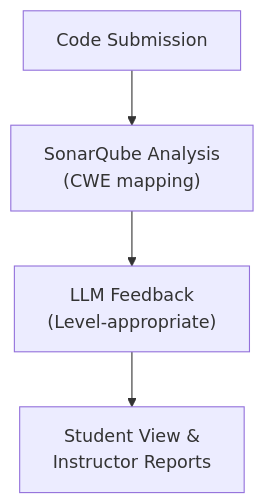
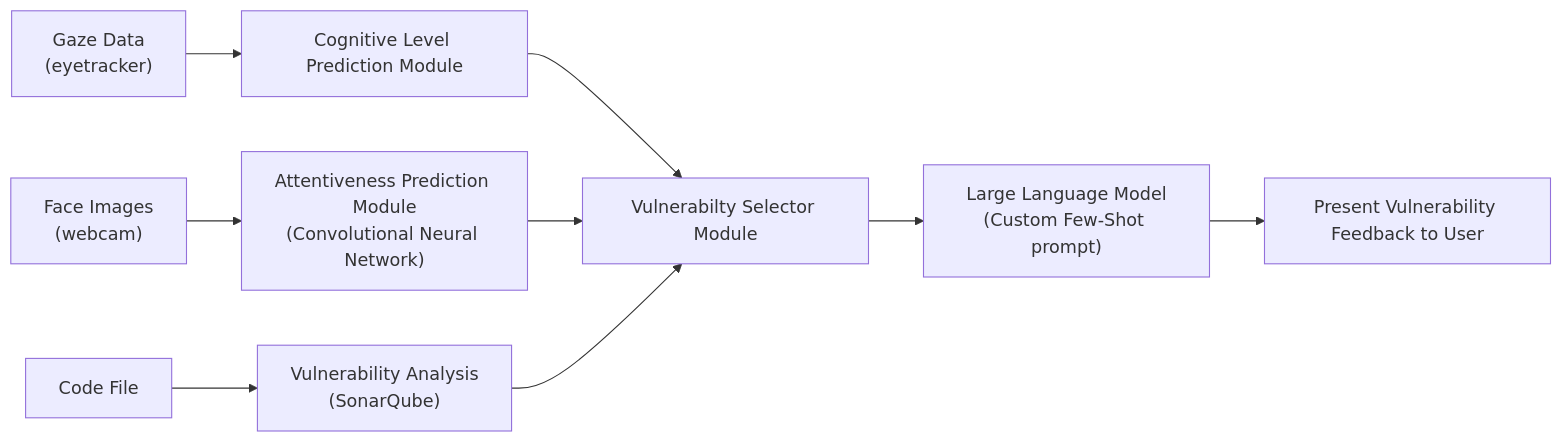
One commit to andrew101sanders/andrew101sanders.github.io changed the diagram in files/SIGCITE2025/SIGCITE2025.qmd. Above: the diagram before and after it, drawn with Mermaid. The commit also changed other lines of this file and 36 other files, not shown here.

````diff
--- a/files/SIGCITE2025/SIGCITE2025.qmd
+++ b/files/SIGCITE2025/SIGCITE2025.qmd
@@ -119,6 +113,14 @@
 ```{mermaid}
-flowchart TD
-    A["Code Submission"] --> B["SonarQube Analysis<br/>(CWE mapping)"]
-    B --> C["LLM Feedback<br/>(Level-appropriate)"]
-    C --> D["Student View &<br/>Instructor Reports"]
+flowchart LR
+    A["Gaze Data<br/>(eyetracker)"] -->
+    B["Cognitive Level Prediction Module"]
+    C["Face Images<br/>(webcam)"] --> D["Attentiveness Prediction Module<br/>(Convolutional Neural Network)"]
+    E["Code File"] --> F["Vulnerability Analysis<br/>(SonarQube)"]
+    B --> G["Vulnerabilty Selector Module"]
+    D --> G
+    F --> G
+    G --> H["Large Language Model<br/>(Custom Few-Shot prompt)"]
+    H --> I["Present Vulnerability Feedback to User"]
+
+    
 ```
````
